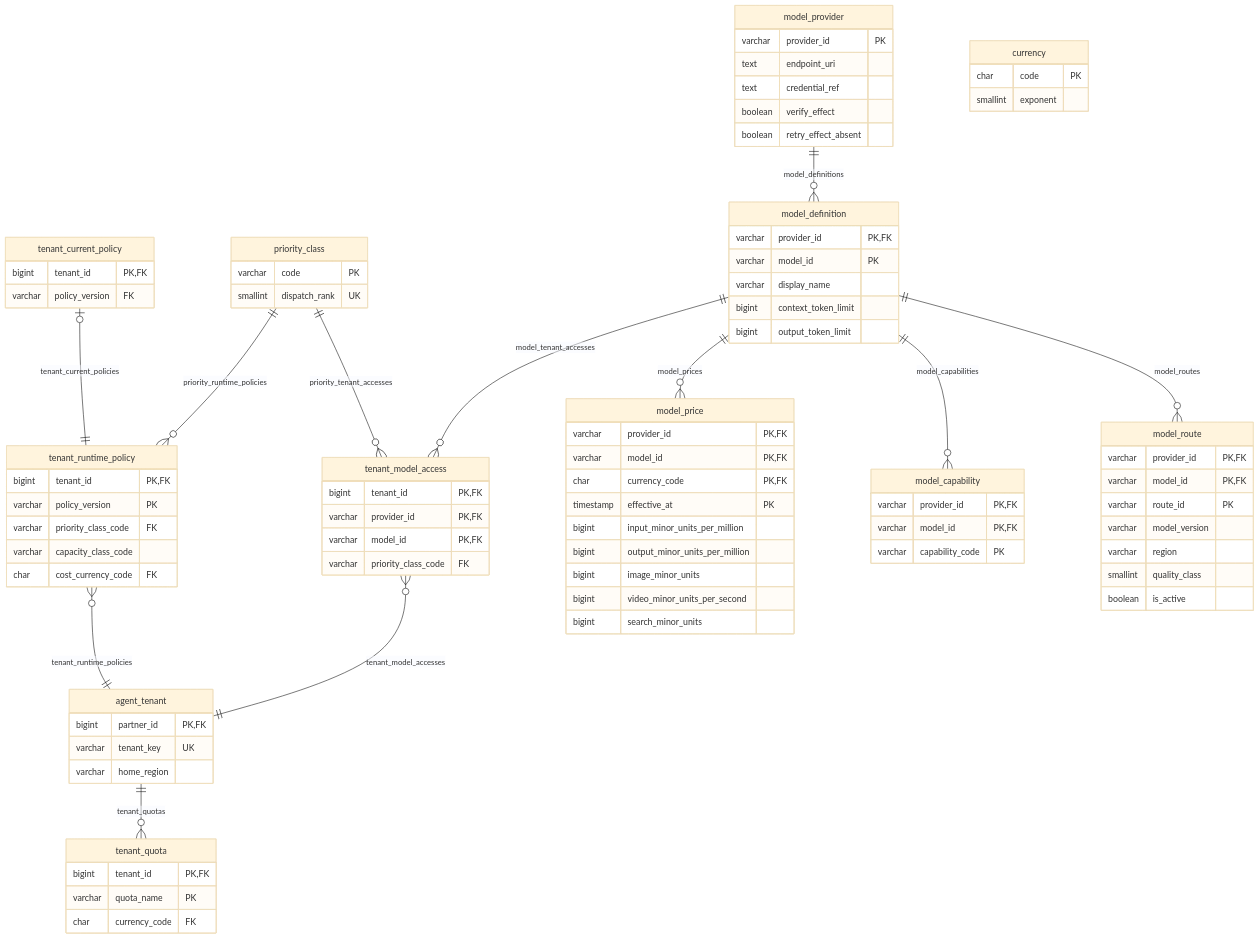
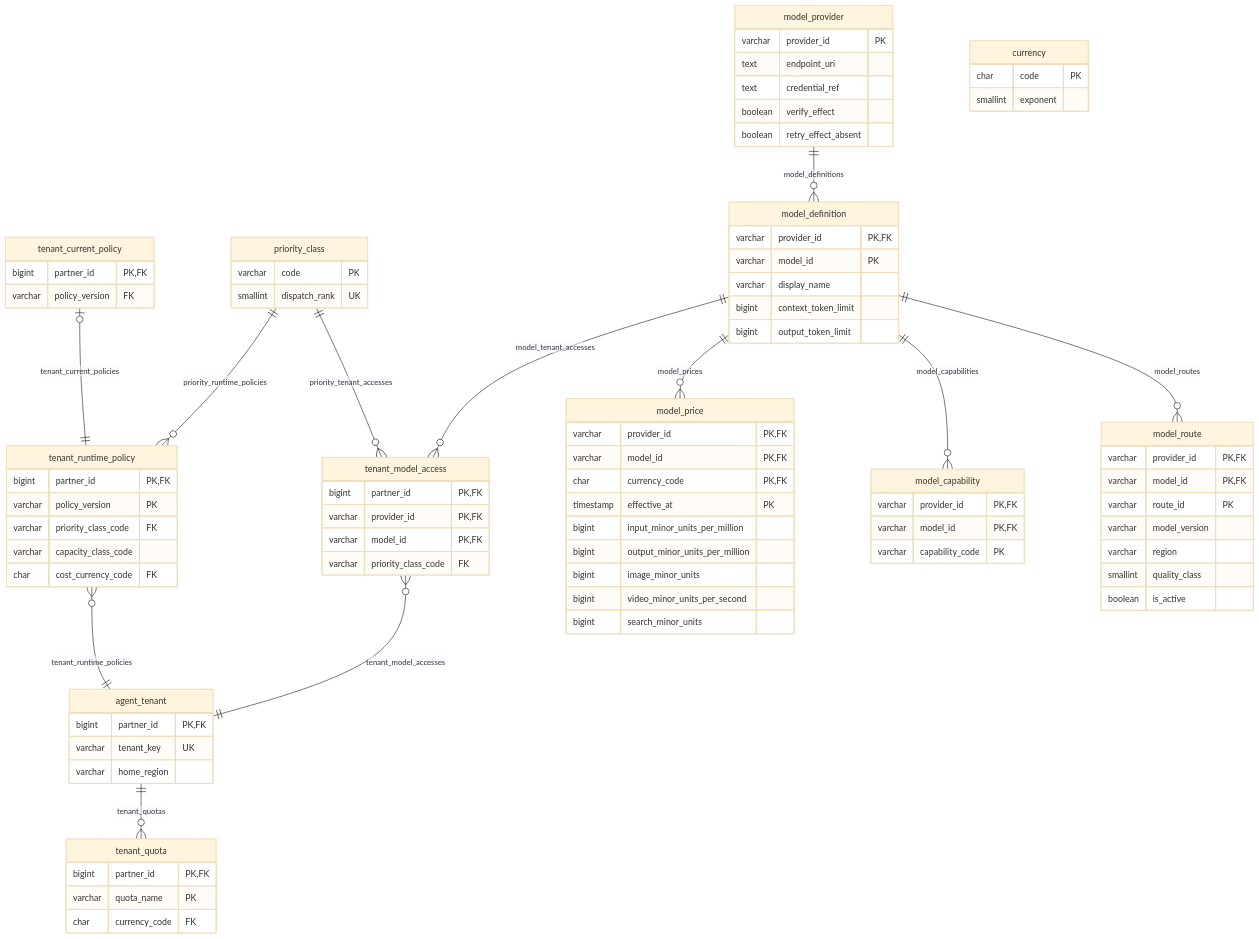
The third of 18 diagrams in doc/database.md (nauticana/scout), drawn with Mermaid (base theme) before and after one commit. The commit also changed other lines of this file and 163 other files, not shown here.

Commit message:
Partner-scoped tenant tables, a registration catalog, tenant-aware tool listing

```diff
--- a/doc/database.md
+++ b/doc/database.md
@@ -432,18 +432,18 @@
         varchar home_region
     }
     tenant_runtime_policy {
-        bigint tenant_id PK,FK
+        bigint partner_id PK,FK
         varchar policy_version PK
         varchar priority_class_code FK
         varchar capacity_class_code
         char cost_currency_code FK
     }
     tenant_current_policy {
-        bigint tenant_id PK,FK
+        bigint partner_id PK,FK
         varchar policy_version FK
     }
     tenant_quota {
-        bigint tenant_id PK,FK
+        bigint partner_id PK,FK
         varchar quota_name PK
         char currency_code FK
     }
@@ -495,7 +495,7 @@
         bigint search_minor_units
     }
     tenant_model_access {
-        bigint tenant_id PK,FK
+        bigint partner_id PK,FK
         varchar provider_id PK,FK
         varchar model_id PK,FK
         varchar priority_class_code FK
```
